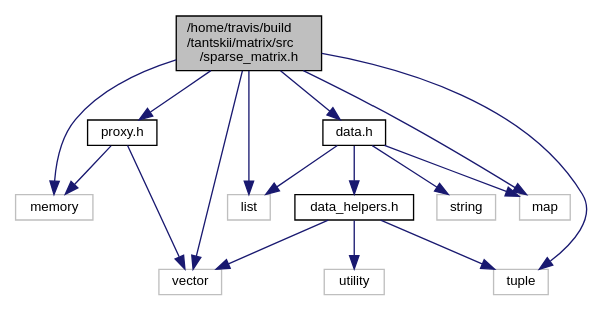
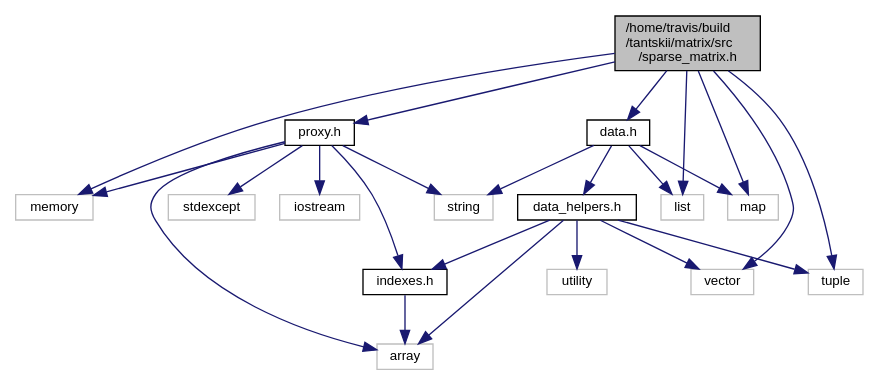
Before and after one commit to tantskii/matrix: the diagram in sparse__matrix_8h__incl.dot, drawn with Graphviz. The commit also changed 95 other files, not shown here.

```diff
--- a/sparse__matrix_8h__incl.dot
+++ b/sparse__matrix_8h__incl.dot
@@ -1,32 +1,43 @@
 digraph "/home/travis/build/tantskii/matrix/src/sparse_matrix.h"
 {
   edge [fontname="Helvetica",fontsize="10",labelfontname="Helvetica",labelfontsize="10"];
   node [fontname="Helvetica",fontsize="10",shape=record];
   Node1 [label="/home/travis/build\l/tantskii/matrix/src\l/sparse_matrix.h",height=0.2,width=0.4,color="black", fillcolor="grey75", style="filled", fontcolor="black"];
   Node1 -> Node2 [color="midnightblue",fontsize="10",style="solid",fontname="Helvetica"];
   Node2 [label="proxy.h",height=0.2,width=0.4,color="black", fillcolor="white", style="filled",URL="$proxy_8h.html",tooltip="заголовочный класс, содержащий описание и реализацию прокси класса, который осуществляет чтение и доб..."];
   Node2 -> Node3 [color="midnightblue",fontsize="10",style="solid",fontname="Helvetica"];
-  Node3 [label="memory",height=0.2,width=0.4,color="grey75", fillcolor="white", style="filled"];
+  Node3 [label="indexes.h",height=0.2,width=0.4,color="black", fillcolor="white", style="filled",URL="$indexes_8h.html",tooltip="Заголовочный класс, содержащий определение набора индексов "];
+  Node3 -> Node4 [color="midnightblue",fontsize="10",style="solid",fontname="Helvetica"];
+  Node4 [label="array",height=0.2,width=0.4,color="grey75", fillcolor="white", style="filled"];
+  Node2 -> Node5 [color="midnightblue",fontsize="10",style="solid",fontname="Helvetica"];
+  Node5 [label="memory",height=0.2,width=0.4,color="grey75", fillcolor="white", style="filled"];
+  Node2 -> Node6 [color="midnightblue",fontsize="10",style="solid",fontname="Helvetica"];
+  Node6 [label="string",height=0.2,width=0.4,color="grey75", fillcolor="white", style="filled"];
   Node2 -> Node4 [color="midnightblue",fontsize="10",style="solid",fontname="Helvetica"];
-  Node4 [label="vector",height=0.2,width=0.4,color="grey75", fillcolor="white", style="filled"];
+  Node2 -> Node7 [color="midnightblue",fontsize="10",style="solid",fontname="Helvetica"];
+  Node7 [label="stdexcept",height=0.2,width=0.4,color="grey75", fillcolor="white", style="filled"];
+  Node2 -> Node8 [color="midnightblue",fontsize="10",style="solid",fontname="Helvetica"];
+  Node8 [label="iostream",height=0.2,width=0.4,color="grey75", fillcolor="white", style="filled"];
+  Node1 -> Node9 [color="midnightblue",fontsize="10",style="solid",fontname="Helvetica"];
+  Node9 [label="data.h",height=0.2,width=0.4,color="black", fillcolor="white", style="filled",URL="$data_8h.html",tooltip="Заголовочный файл с описанием и реализацией класса, осуществляющего хранение данных разреженной матри..."];
+  Node9 -> Node10 [color="midnightblue",fontsize="10",style="solid",fontname="Helvetica"];
+  Node10 [label="data_helpers.h",height=0.2,width=0.4,color="black", fillcolor="white", style="filled",URL="$data__helpers_8h.html",tooltip="Данный заголовочный файл содержит вспомогательные функии класса Data<T, N> описанного в data..."];
+  Node10 -> Node3 [color="midnightblue",fontsize="10",style="solid",fontname="Helvetica"];
+  Node10 -> Node11 [color="midnightblue",fontsize="10",style="solid",fontname="Helvetica"];
+  Node11 [label="vector",height=0.2,width=0.4,color="grey75", fillcolor="white", style="filled"];
+  Node10 -> Node12 [color="midnightblue",fontsize="10",style="solid",fontname="Helvetica"];
+  Node12 [label="tuple",height=0.2,width=0.4,color="grey75", fillcolor="white", style="filled"];
+  Node10 -> Node13 [color="midnightblue",fontsize="10",style="solid",fontname="Helvetica"];
+  Node13 [label="utility",height=0.2,width=0.4,color="grey75", fillcolor="white", style="filled"];
+  Node10 -> Node4 [color="midnightblue",fontsize="10",style="solid",fontname="Helvetica"];
+  Node9 -> Node14 [color="midnightblue",fontsize="10",style="solid",fontname="Helvetica"];
+  Node14 [label="list",height=0.2,width=0.4,color="grey75", fillcolor="white", style="filled"];
+  Node9 -> Node15 [color="midnightblue",fontsize="10",style="solid",fontname="Helvetica"];
+  Node15 [label="map",height=0.2,width=0.4,color="grey75", fillcolor="white", style="filled"];
+  Node9 -> Node6 [color="midnightblue",fontsize="10",style="solid",fontname="Helvetica"];
+  Node1 -> Node15 [color="midnightblue",fontsize="10",style="solid",fontname="Helvetica"];
+  Node1 -> Node14 [color="midnightblue",fontsize="10",style="solid",fontname="Helvetica"];
+  Node1 -> Node12 [color="midnightblue",fontsize="10",style="solid",fontname="Helvetica"];
   Node1 -> Node5 [color="midnightblue",fontsize="10",style="solid",fontname="Helvetica"];
-  Node5 [label="data.h",height=0.2,width=0.4,color="black", fillcolor="white", style="filled",URL="$data_8h.html",tooltip="Заголовочный файл с описанием и реализацией класса, осуществляющего хранение данных разреженной матри..."];
-  Node5 -> Node6 [color="midnightblue",fontsize="10",style="solid",fontname="Helvetica"];
-  Node6 [label="data_helpers.h",height=0.2,width=0.4,color="black", fillcolor="white", style="filled",URL="$data__helpers_8h.html",tooltip="Данный заголовочный файл содержит вспомогательные функии класса Data<T, N> описанного в data..."];
-  Node6 -> Node4 [color="midnightblue",fontsize="10",style="solid",fontname="Helvetica"];
-  Node6 -> Node7 [color="midnightblue",fontsize="10",style="solid",fontname="Helvetica"];
-  Node7 [label="tuple",height=0.2,width=0.4,color="grey75", fillcolor="white", style="filled"];
-  Node6 -> Node8 [color="midnightblue",fontsize="10",style="solid",fontname="Helvetica"];
-  Node8 [label="utility",height=0.2,width=0.4,color="grey75", fillcolor="white", style="filled"];
-  Node5 -> Node9 [color="midnightblue",fontsize="10",style="solid",fontname="Helvetica"];
-  Node9 [label="list",height=0.2,width=0.4,color="grey75", fillcolor="white", style="filled"];
-  Node5 -> Node10 [color="midnightblue",fontsize="10",style="solid",fontname="Helvetica"];
-  Node10 [label="map",height=0.2,width=0.4,color="grey75", fillcolor="white", style="filled"];
-  Node5 -> Node11 [color="midnightblue",fontsize="10",style="solid",fontname="Helvetica"];
-  Node11 [label="string",height=0.2,width=0.4,color="grey75", fillcolor="white", style="filled"];
-  Node1 -> Node10 [color="midnightblue",fontsize="10",style="solid",fontname="Helvetica"];
-  Node1 -> Node9 [color="midnightblue",fontsize="10",style="solid",fontname="Helvetica"];
-  Node1 -> Node7 [color="midnightblue",fontsize="10",style="solid",fontname="Helvetica"];
-  Node1 -> Node3 [color="midnightblue",fontsize="10",style="solid",fontname="Helvetica"];
-  Node1 -> Node4 [color="midnightblue",fontsize="10",style="solid",fontname="Helvetica"];
+  Node1 -> Node11 [color="midnightblue",fontsize="10",style="solid",fontname="Helvetica"];
 }
```
